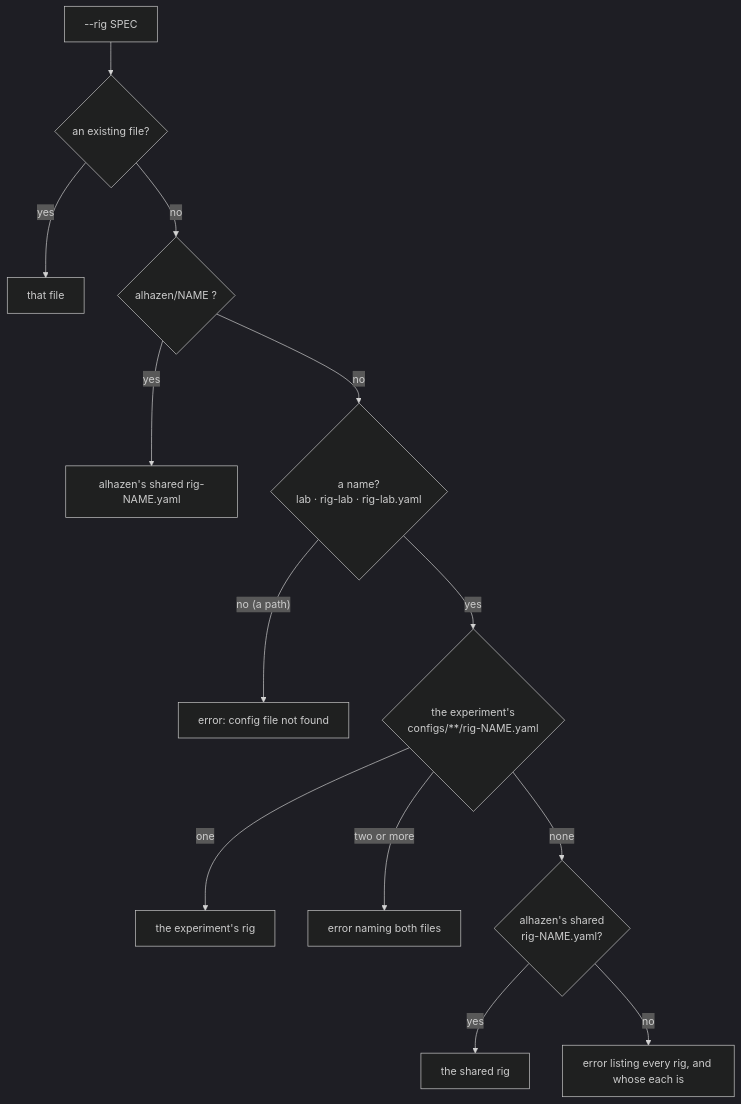
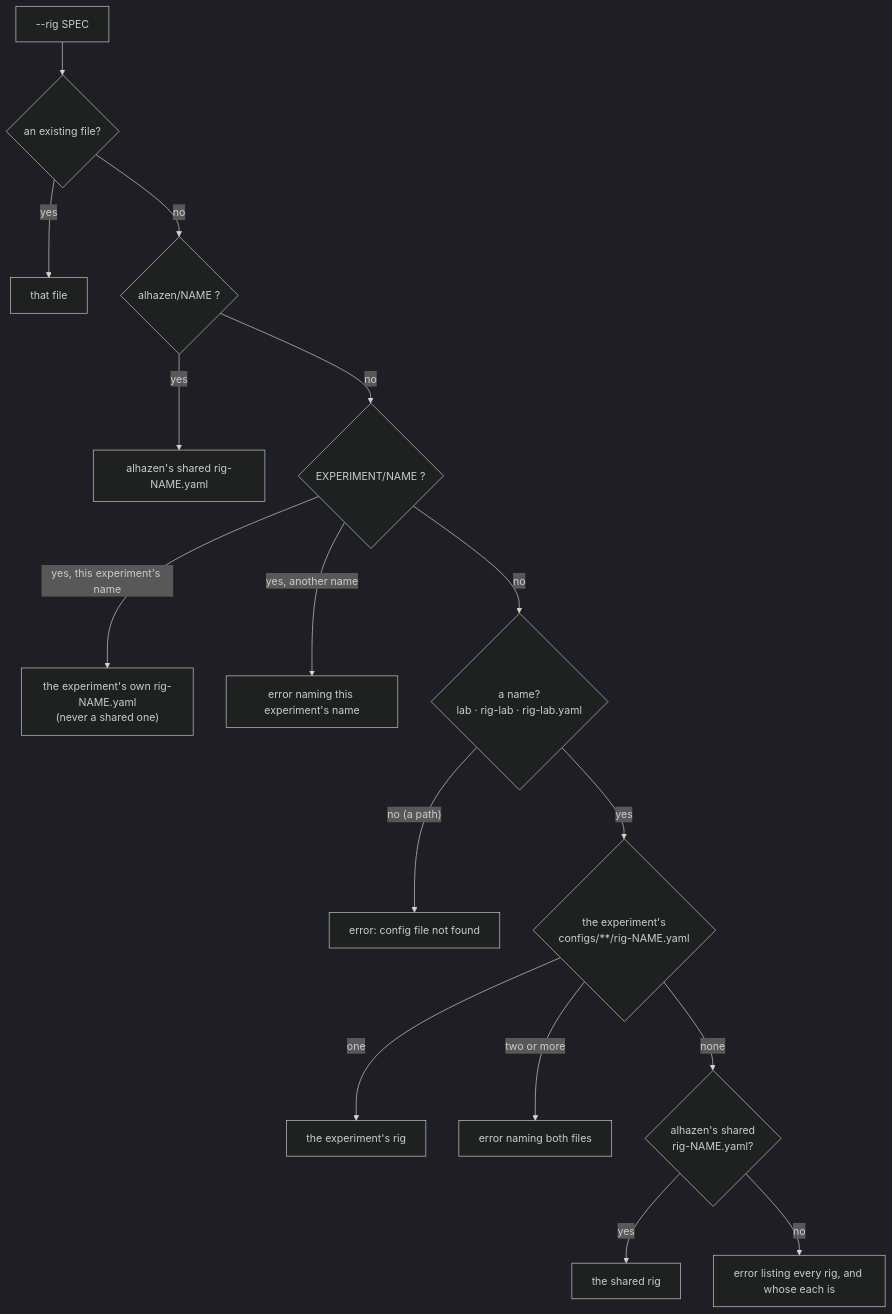
Before and after one commit to sh4r11f/alhazen: the second of 3 diagrams in docs/rigs.md, drawn with Mermaid (dark theme). The commit also changed other lines of this file and 39 other files, not shown here.

````diff
--- a/docs/rigs.md
+++ b/docs/rigs.md
@@ -74,15 +74,18 @@
 ```mermaid
 flowchart TD
     S["--rig SPEC"] --> F{"an existing file?"}
     F -->|yes| FILE["that file"]
     F -->|no| P{"alhazen/NAME ?"}
     P -->|yes| SH1["alhazen's shared rig-NAME.yaml"]
-    P -->|no| N{"a name?<br/>lab · rig-lab · rig-lab.yaml"}
+    P -->|no| Q{"EXPERIMENT/NAME ?"}
+    Q -->|"yes, this experiment's name"| QE["the experiment's own rig-NAME.yaml<br/>(never a shared one)"]
+    Q -->|"yes, another name"| ERR4["error naming this experiment's name"]
+    Q -->|no| N{"a name?<br/>lab · rig-lab · rig-lab.yaml"}
     N -->|"no (a path)"| ERR1["error: config file not found"]
     N -->|yes| E{"the experiment's<br/>configs/**/rig-NAME.yaml"}
     E -->|one| EXP["the experiment's rig"]
     E -->|two or more| ERR2["error naming both files"]
     E -->|none| SH{"alhazen's shared<br/>rig-NAME.yaml?"}
     SH -->|yes| SH2["the shared rig"]
     SH -->|no| ERR3["error listing every rig, and whose each is"]
 ```
````
